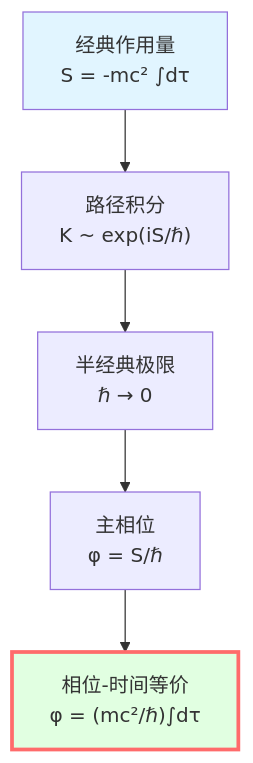
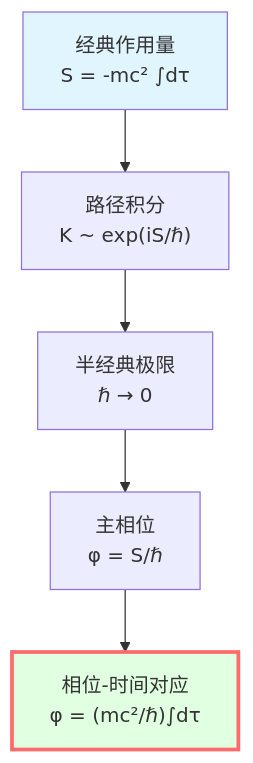
Before and after one commit to loning/zeckendorf-hilbert: the first of 3 diagrams in docs/euler-article/gls-union/05-unified-time/01-phase-and-proper-time.md, drawn with Mermaid. The commit also changed other lines of this file and 111 other files, not shown here.

````diff
--- a/docs/euler-article/gls-union/05-unified-time/01-phase-and-proper-time.md
+++ b/docs/euler-article/gls-union/05-unified-time/01-phase-and-proper-time.md
@@ -105,10 +105,10 @@
 ```mermaid
 graph TB
     A["经典作用量<br/>S = -mc² ∫dτ"] --> P["路径积分<br/>K ~ exp(iS/ℏ)"]
     P --> SC["半经典极限<br/>ℏ → 0"]
     SC --> PH["主相位<br/>φ = S/ℏ"]
-    PH --> R["相位-时间等价<br/>φ = (mc²/ℏ)∫dτ"]
+    PH --> R["相位-时间对应<br/>φ = (mc²/ℏ)∫dτ"]
 
     style A fill:#e1f5ff
     style R fill:#e1ffe1,stroke:#ff6b6b,stroke-width:3px
 ```
````
